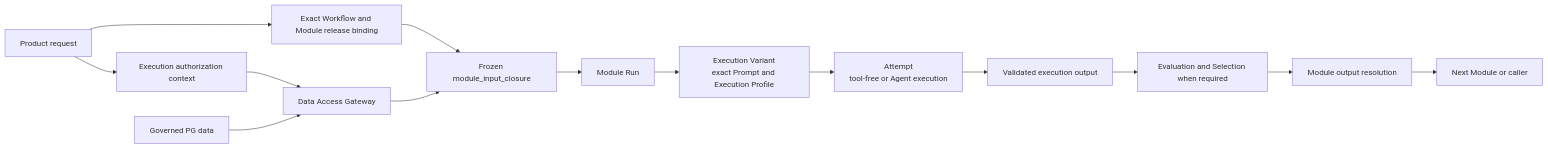
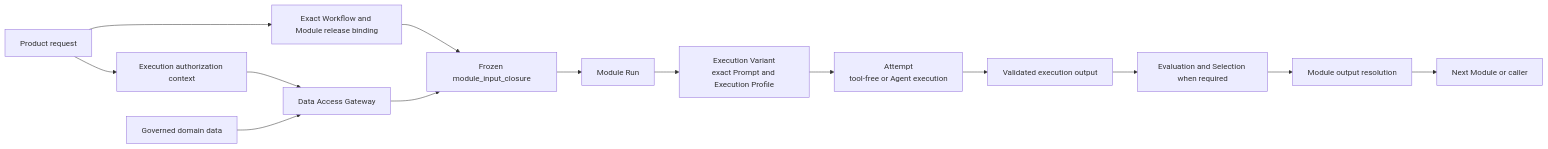
The third of 6 diagrams in designDoc/the_agent_runtime.md (bobaoai/agent_runtime), drawn with Mermaid before and after one commit. The commit also changed other lines of this file and 107 other files, not shown here.

````diff
--- a/designDoc/the_agent_runtime.md
+++ b/designDoc/the_agent_runtime.md
@@ -154,16 +145,16 @@
 ```mermaid
 flowchart LR
     REQUEST["Product request"] --> AUTH["Execution authorization context"]
     REQUEST --> BIND["Exact Workflow and Module release binding"]
     AUTH --> GATE["Data Access Gateway"]
-    PG["Governed PG data"] --> GATE
+    PG["Governed domain data"] --> GATE
     BIND --> INPUT["Frozen module_input_closure"]
     GATE --> INPUT
     INPUT --> RUN["Module Run"]
     RUN --> VARIANT["Execution Variant<br/>exact Prompt and Execution Profile"]
     VARIANT --> ATTEMPT["Attempt<br/>tool-free or Agent execution"]
     ATTEMPT --> OUTPUT["Validated execution output"]
     OUTPUT --> EVAL["Evaluation and Selection when required"]
     EVAL --> RESOLVE["Module output resolution"]
     RESOLVE --> NEXT["Next Module or caller"]
 ```
````
